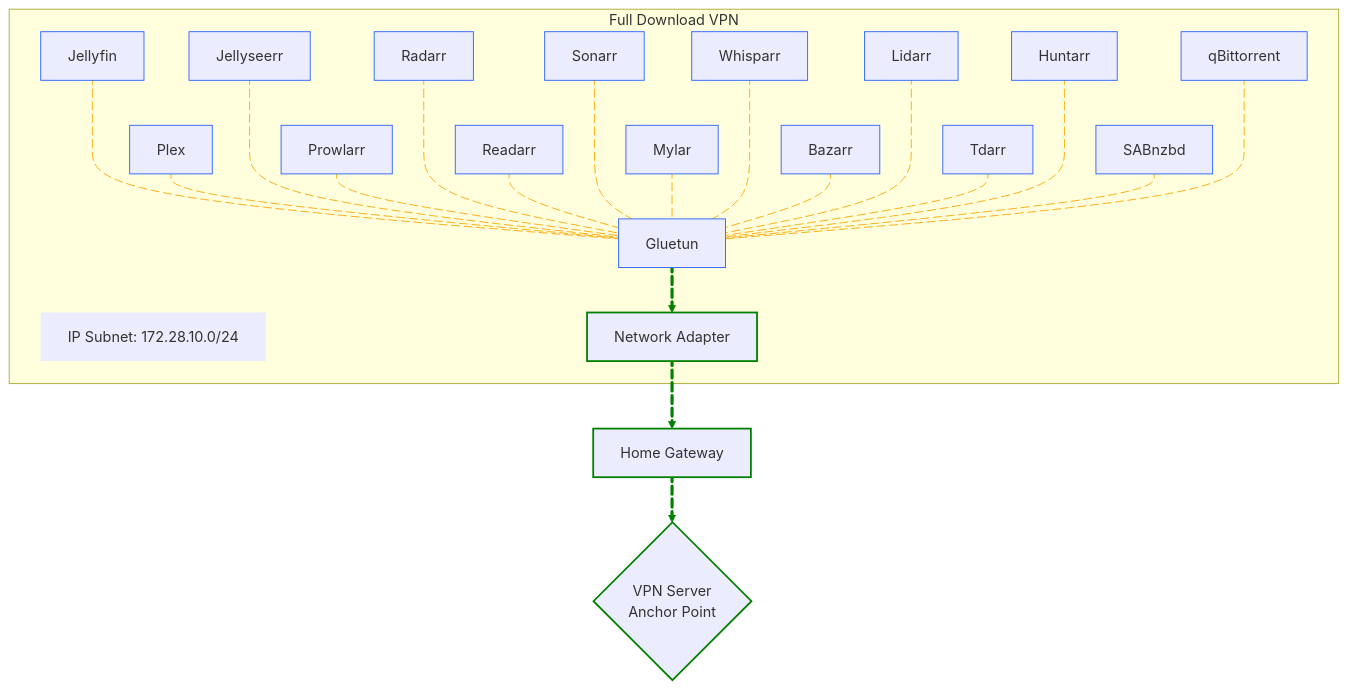
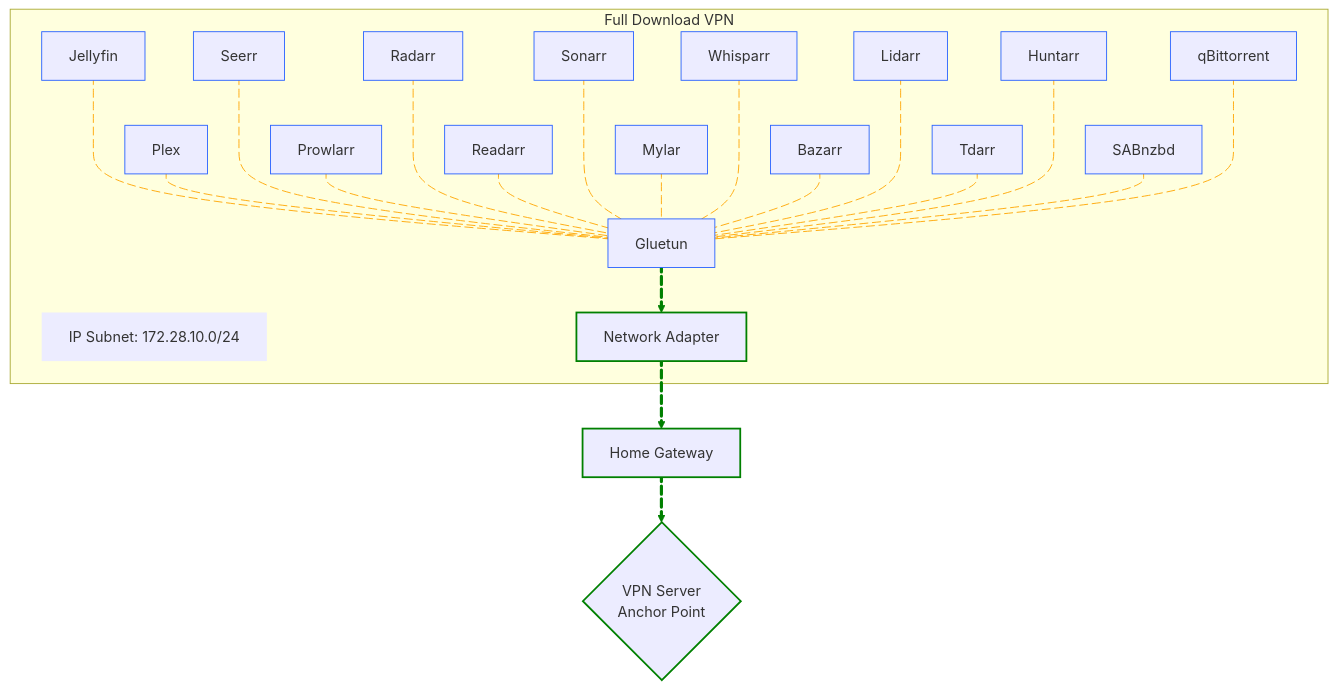
Before and after one commit to avnit/mediastack: the first of 6 diagrams in full-download-vpn/README.md, drawn with Mermaid. The commit also changed other lines of this file and 10 other files, not shown here.

```diff
--- a/full-download-vpn/README.md
+++ b/full-download-vpn/README.md
@@ -121,7 +121,7 @@
     Gluetun
     Jellyfin
     Plex
-    Jellyseerr
+    Seerr
     Prowlarr
     Radarr
     Readarr
@@ -140,7 +140,7 @@
 
   Jellyfin     Jellyfin_Gluetun@    ---- Gluetun
   Plex         Plex_Gluetun@        ---  Gluetun
-  Jellyseerr   Jellyseerr_Gluetun@  ---- Gluetun
+  Seerr   Seerr_Gluetun@  ---- Gluetun
   Prowlarr     Prowlarr_Gluetun@    ---  Gluetun
   Radarr       Radarr_Gluetun@      ---- Gluetun
   Readarr      Readarr_Gluetun@     ---  Gluetun
@@ -162,7 +162,7 @@
   style Gluetun      stroke:#2962FF
   style Jellyfin     stroke:#2962FF
   style Plex         stroke:#2962FF
-  style Jellyseerr   stroke:#2962FF
+  style Seerr   stroke:#2962FF
   style Prowlarr     stroke:#2962FF
   style Radarr       stroke:#2962FF
   style Readarr      stroke:#2962FF
@@ -201,7 +201,7 @@
 
   Jellyfin_Gluetun@{     animation: fast }
   Plex_Gluetun@{         animation: fast }
-  Jellyseerr_Gluetun@{   animation: fast }
+  Seerr_Gluetun@{   animation: fast }
   Prowlarr_Gluetun@{     animation: fast }
   Radarr_Gluetun@{       animation: fast }
   Readarr_Gluetun@{      animation: fast }
```
